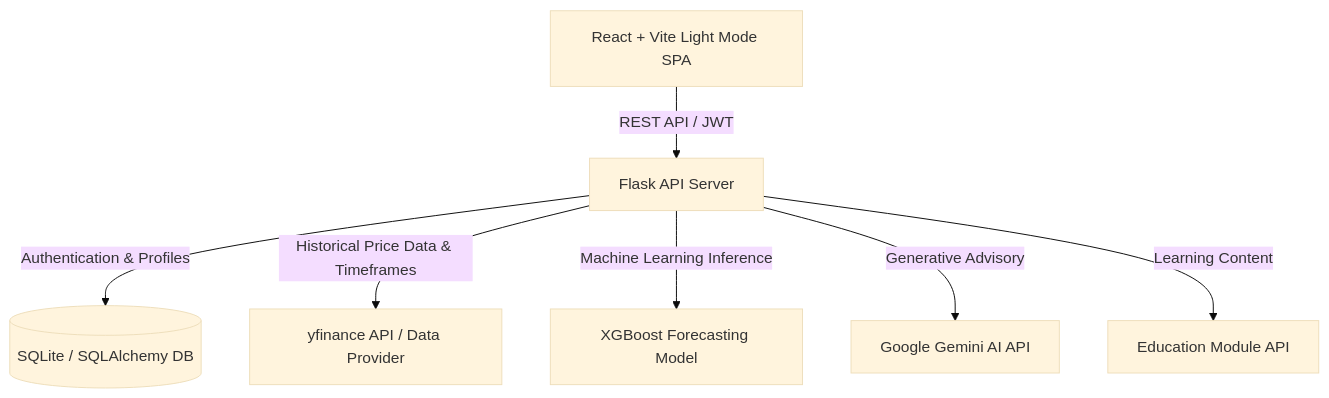
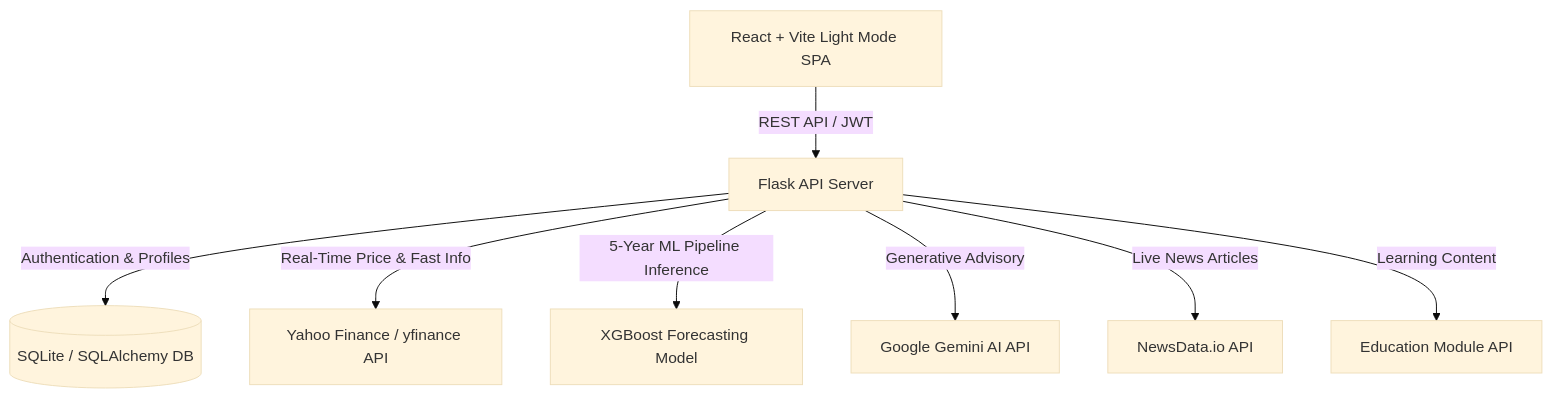
The diagram in README.md (Anubha-create/Finguide_AI), drawn with Mermaid (base theme) before and after one commit. The commit also changed other lines of this file and 7 other files, not shown here.

Commit message:
feat: real-time yfinance market data, 5-year XGBoost ML pipeline, Google Gemini AI chat, NewsData.io integration, and updated README

````diff
--- a/README.md
+++ b/README.md
@@ -23,9 +24,10 @@
 ```mermaid
 graph TD
     Client[React + Vite Light Mode SPA] -->|REST API / JWT| Backend[Flask API Server]
     Backend -->|Authentication & Profiles| DB[(SQLite / SQLAlchemy DB)]
-    Backend -->|Historical Price Data & Timeframes| MarketData[yfinance API / Data Provider]
-    Backend -->|Machine Learning Inference| ML[XGBoost Forecasting Model]
+    Backend -->|Real-Time Price & Fast Info| YFinance[Yahoo Finance / yfinance API]
+    Backend -->|5-Year ML Pipeline Inference| ML[XGBoost Forecasting Model]
     Backend -->|Generative Advisory| Gemini[Google Gemini AI API]
+    Backend -->|Live News Articles| News[NewsData.io API]
     Backend -->|Learning Content| Edu[Education Module API]
 ```
````
